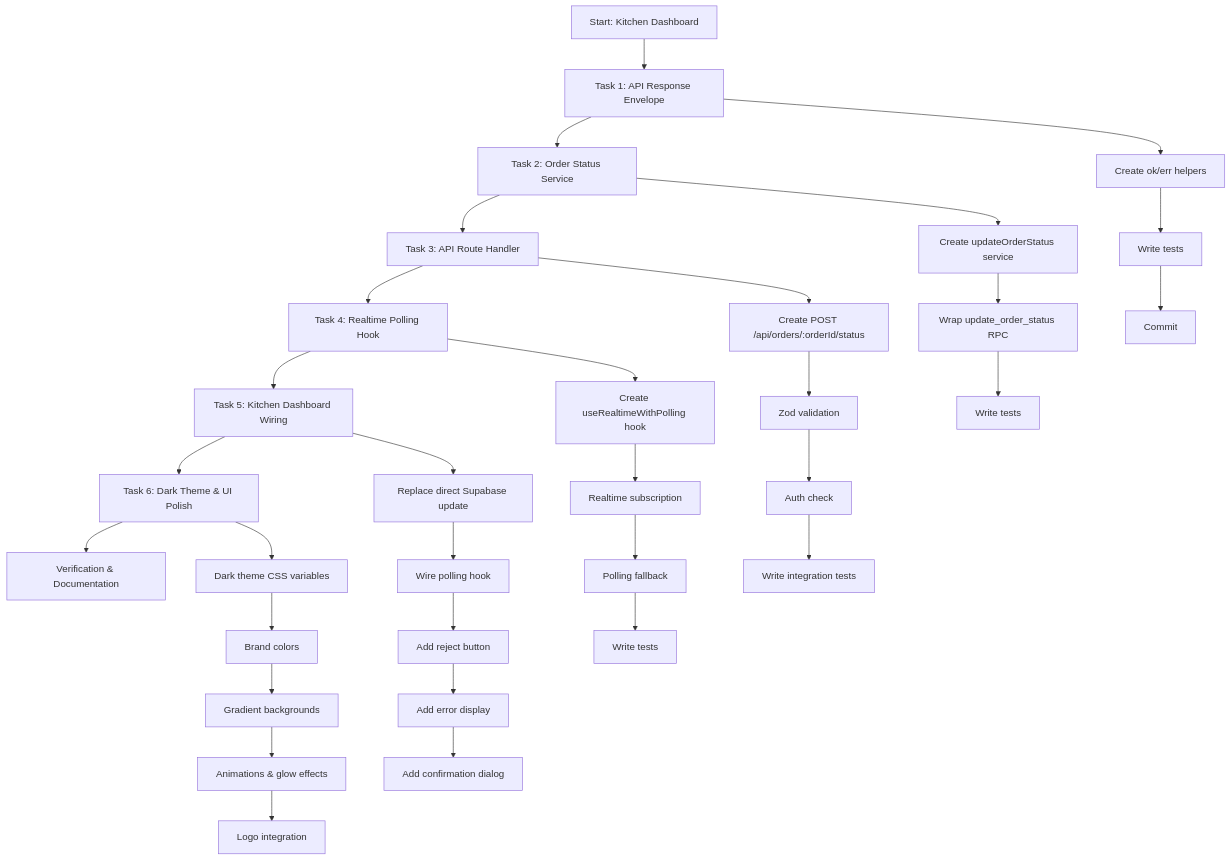
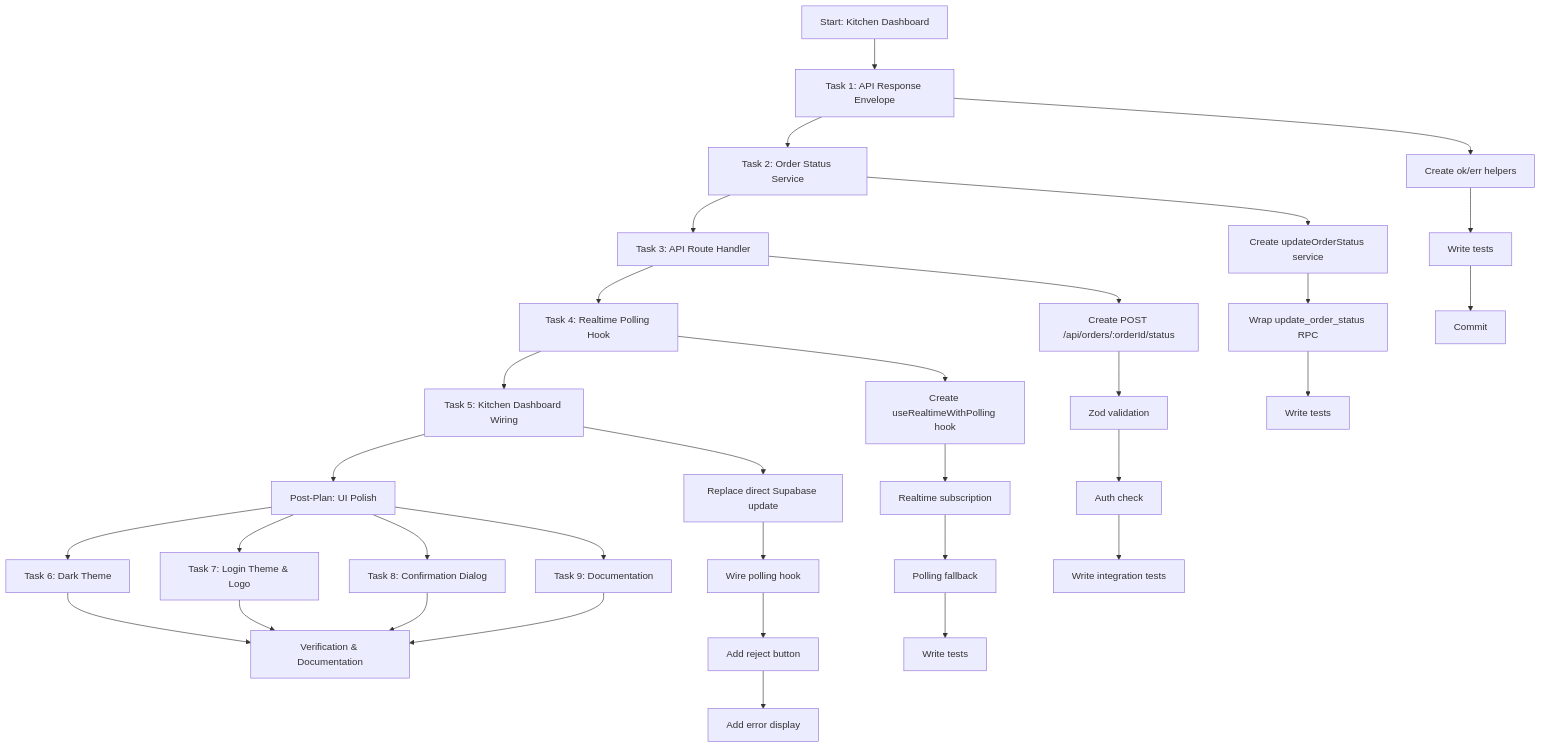
One commit to vibe-code-tours/team-06-app changed the first of 6 diagrams in docs/workflows/plan-3.md. Above: the diagram before and after it, drawn with Mermaid. The commit also changed other lines of this file, not shown here.

Commit message:
docs: update kitchen dashboard workflow with accurate task breakdown

````diff
--- a/docs/workflows/plan-3.md
+++ b/docs/workflows/plan-3.md
@@ -11,40 +30,42 @@
 ```mermaid
 flowchart TD
     A[Start: Kitchen Dashboard] --> B[Task 1: API Response Envelope]
     B --> C[Task 2: Order Status Service]
     C --> D[Task 3: API Route Handler]
     D --> E[Task 4: Realtime Polling Hook]
     E --> F[Task 5: Kitchen Dashboard Wiring]
-    F --> G[Task 6: Dark Theme & UI Polish]
-    G --> H[Verification & Documentation]
+    F --> G[Post-Plan: UI Polish]
+
+    G --> G1[Task 6: Dark Theme]
+    G --> G2[Task 7: Login Theme & Logo]
+    G --> G3[Task 8: Confirmation Dialog]
+    G --> G4[Task 9: Documentation]
 
     B --> B1[Create ok/err helpers]
     B1 --> B2[Write tests]
     B2 --> B3[Commit]
 
     C --> C1[Create updateOrderStatus service]
     C1 --> C2[Wrap update_order_status RPC]
     C2 --> C3[Write tests]
 
     D --> D1[Create POST /api/orders/:orderId/status]
     D1 --> D2[Zod validation]
     D2 --> D3[Auth check]
     D3 --> D4[Write integration tests]
 
     E --> E1[Create useRealtimeWithPolling hook]
     E1 --> E2[Realtime subscription]
     E2 --> E3[Polling fallback]
     E3 --> E4[Write tests]
 
     F --> F1[Replace direct Supabase update]
     F1 --> F2[Wire polling hook]
     F2 --> F3[Add reject button]
     F3 --> F4[Add error display]
-    F4 --> F5[Add confirmation dialog]
 
-    G --> G1[Dark theme CSS variables]
-    G1 --> G2[Brand colors]
-    G2 --> G3[Gradient backgrounds]
-    G3 --> G4[Animations & glow effects]
-    G4 --> G5[Logo integration]
+    G1 --> H[Verification & Documentation]
+    G2 --> H
+    G3 --> H
+    G4 --> H
 ```
````
